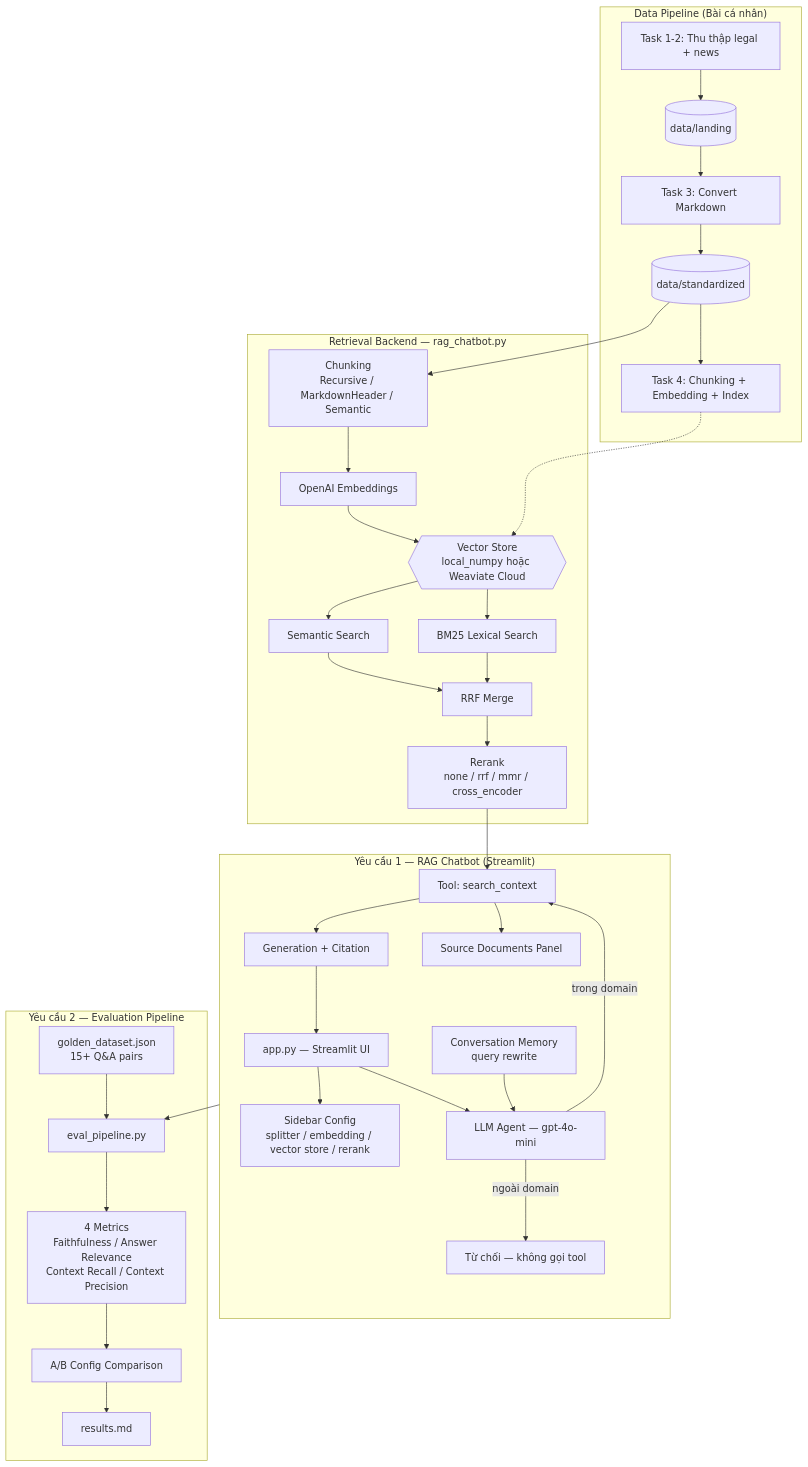
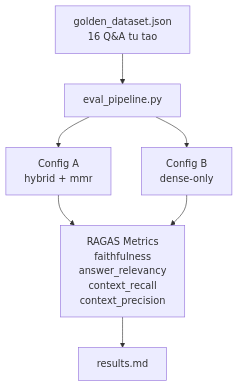
The diagram in group_project/README.md (quannguyenthanhanh357-coder/Lab08_2A202600892_NguyenThanhAnhQuan), drawn with Mermaid before and after one commit. The commit also changed other lines of this file and 3 other files, not shown here.

Commit message:
Update group RAGAS evaluation deliverables

````diff
--- a/group_project/README.md
+++ b/group_project/README.md
@@ -71,64 +97,16 @@
 ```mermaid
 flowchart TB
-    subgraph Data["Data Pipeline (Bài cá nhân)"]
-        T1[Task 1-2: Thu thập legal + news]
-        T3[Task 3: Convert Markdown]
-        T4[Task 4: Chunking + Embedding + Index]
-        Landing[(data/landing)]
-        Std[(data/standardized)]
-        T1 --> Landing --> T3 --> Std --> T4
-    end
+    Golden[golden_dataset.json<br/>16 Q&A tu tao]
+    Eval[eval_pipeline.py]
+    ConfigA[Config A<br/>hybrid + mmr]
+    ConfigB[Config B<br/>dense-only]
+    Metrics[RAGAS Metrics<br/>faithfulness<br/>answer_relevancy<br/>context_recall<br/>context_precision]
+    Report[results.md]
 
-    subgraph Chatbot["Yêu cầu 1 — RAG Chatbot (Streamlit)"]
-        UI[app.py — Streamlit UI]
-        Config[Sidebar Config<br/>splitter / embedding / vector store / rerank]
-        Agent[LLM Agent — gpt-4o-mini]
-        Tool[Tool: search_context]
-        Memory[Conversation Memory<br/>query rewrite]
-        Gen[Generation + Citation]
-        Sources[Source Documents Panel]
-
-        UI --> Config
-        UI --> Agent
-        Agent -->|trong domain| Tool
-        Agent -->|ngoài domain| Reject[Từ chối — không gọi tool]
-        Memory --> Agent
-        Tool --> Gen
-        Gen --> UI
-        Tool --> Sources
-    end
-
-    subgraph Retrieval["Retrieval Backend — rag_chatbot.py"]
-        Chunk[Chunking<br/>Recursive / MarkdownHeader / Semantic]
-        Embed[OpenAI Embeddings]
-        VS{{Vector Store<br/>local_numpy hoặc Weaviate Cloud}}
-        Sem[Semantic Search]
-        Lex[BM25 Lexical Search]
-        Merge[RRF Merge]
-        Rerank[Rerank<br/>none / rrf / mmr / cross_encoder]
-
-        Chunk --> Embed --> VS
-        VS --> Sem
-        VS --> Lex
-        Sem --> Merge
-        Lex --> Merge
-        Merge --> Rerank
-    end
-
-    subgraph Eval["Yêu cầu 2 — Evaluation Pipeline"]
-        Golden[golden_dataset.json<br/>15+ Q&A pairs]
-        EvalScript[eval_pipeline.py]
-        Metrics[4 Metrics<br/>Faithfulness / Answer Relevance<br/>Context Recall / Context Precision]
-        AB[A/B Config Comparison]
-        Report[results.md]
-
-        Golden --> EvalScript
-        EvalScript --> Metrics
-        Metrics --> AB --> Report
-    end
-
-    Std --> Chunk
-    T4 -.-> VS
-    Rerank --> Tool
-    Chatbot --> EvalScript
+    Golden --> Eval
+    Eval --> ConfigA
+    Eval --> ConfigB
+    ConfigA --> Metrics
+    ConfigB --> Metrics
+    Metrics --> Report
 ```
````
